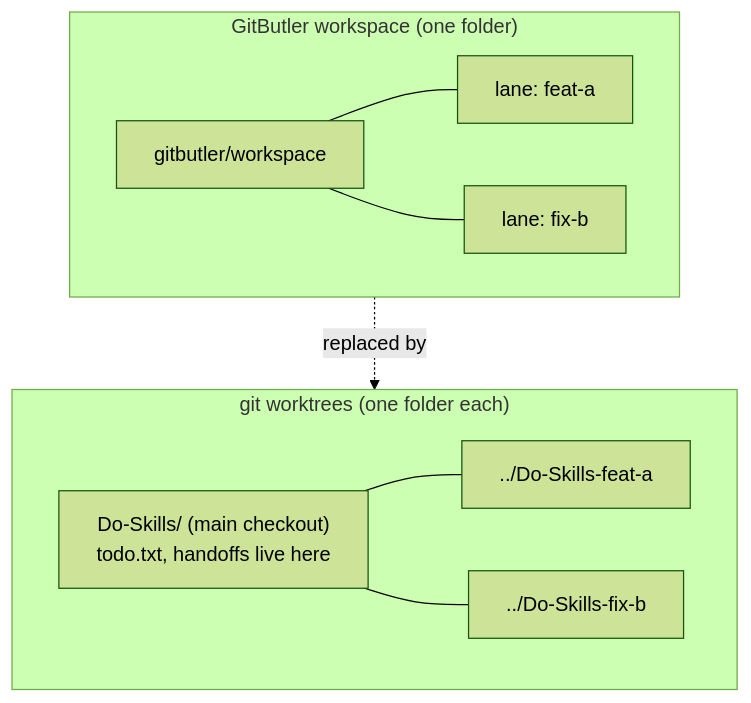
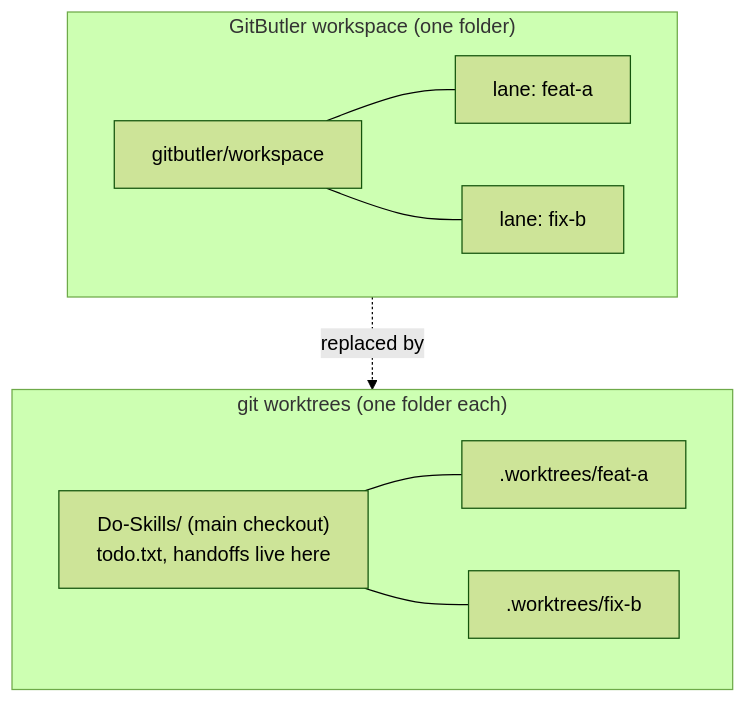
The third of 5 diagrams in docs/plans/2026-11-19-drop-gitbutler.md (edheltzel/Do-Skills), drawn with Mermaid (forest theme) before and after one commit. The commit also changed other lines of this file and 4 other files, not shown here.

````diff
--- a/docs/plans/2026-11-19-drop-gitbutler.md
+++ b/docs/plans/2026-11-19-drop-gitbutler.md
@@ -57,13 +57,13 @@
 ```mermaid
 flowchart TB
   subgraph Old["GitButler workspace (one folder)"]
     W["gitbutler/workspace"] --- L1["lane: feat-a"]
     W --- L2["lane: fix-b"]
   end
   subgraph New["git worktrees (one folder each)"]
     M["Do-Skills/ (main checkout)<br/>todo.txt, handoffs live here"]
-    M --- T1["../Do-Skills-feat-a"]
-    M --- T2["../Do-Skills-fix-b"]
+    M --- T1[".worktrees/feat-a"]
+    M --- T2[".worktrees/fix-b"]
   end
   Old -. replaced by .-> New
 ```
````
